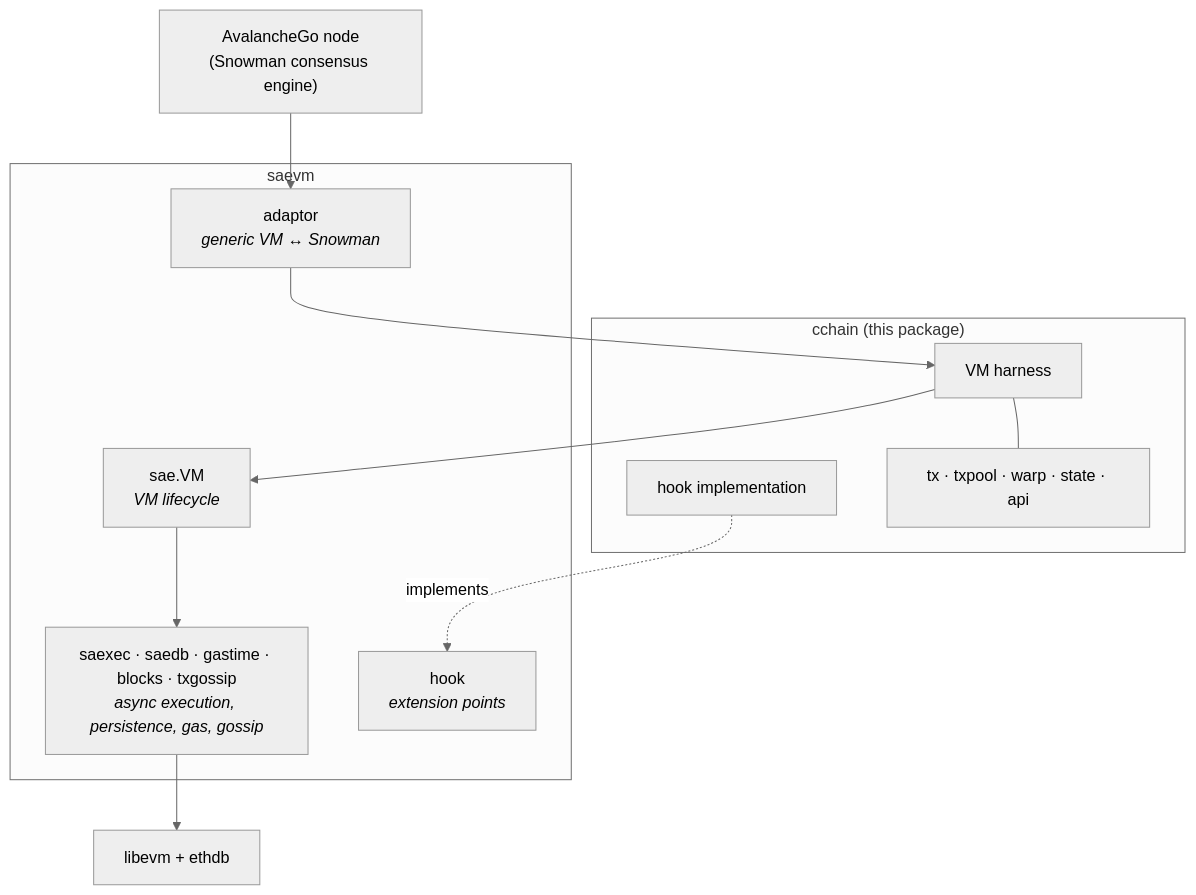
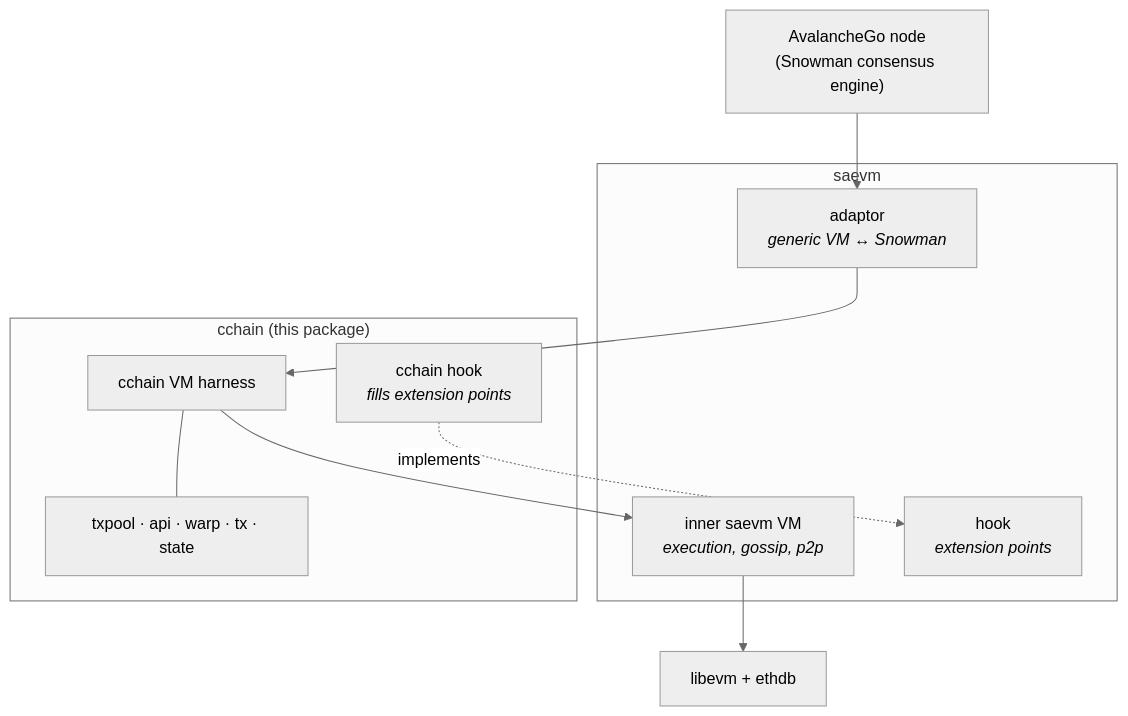
Before and after one commit to ava-labs/avalanchego: the first of 5 diagrams in vms/saevm/cchain/README.md, drawn with Mermaid (neutral theme). The commit also changed other lines of this file, not shown here.

````diff
--- a/vms/saevm/cchain/README.md
+++ b/vms/saevm/cchain/README.md
@@ -7,27 +7,25 @@
 ```mermaid
 flowchart TB
     node["AvalancheGo node<br/>(Snowman consensus engine)"]
 
     subgraph saevm_grp["saevm"]
-        adaptor["adaptor<br/><i>generic VM ↔ Snowman</i>"]
-        sae["sae.VM<br/><i>VM lifecycle</i>"]
-        engine["saexec · saedb · gastime · blocks · txgossip<br/><i>async execution, persistence, gas, gossip</i>"]
+        adaptor["adaptor<br/><i>generic VM &harr; Snowman</i>"]
+        sae["inner saevm VM<br/><i>execution, gossip, p2p</i>"]
         hooks["hook<br/><i>extension points</i>"]
     end
 
     subgraph cchain_grp["cchain (this package)"]
-        cvm["VM harness"]
-        chook["hook implementation"]
-        csubs["tx · txpool · warp · state · api"]
+        cvm["cchain VM harness"]
+        chook["cchain hook<br/><i>fills extension points</i>"]
+        cextras["txpool &middot; api &middot; warp &middot; tx &middot; state"]
     end
 
     libevm["libevm + ethdb"]
 
     node --> adaptor
     adaptor --> cvm
     cvm --> sae
-    cvm --- csubs
+    cvm --- cextras
     chook -. implements .-> hooks
-    sae --> engine
-    engine --> libevm
+    sae --> libevm
 ```
````
